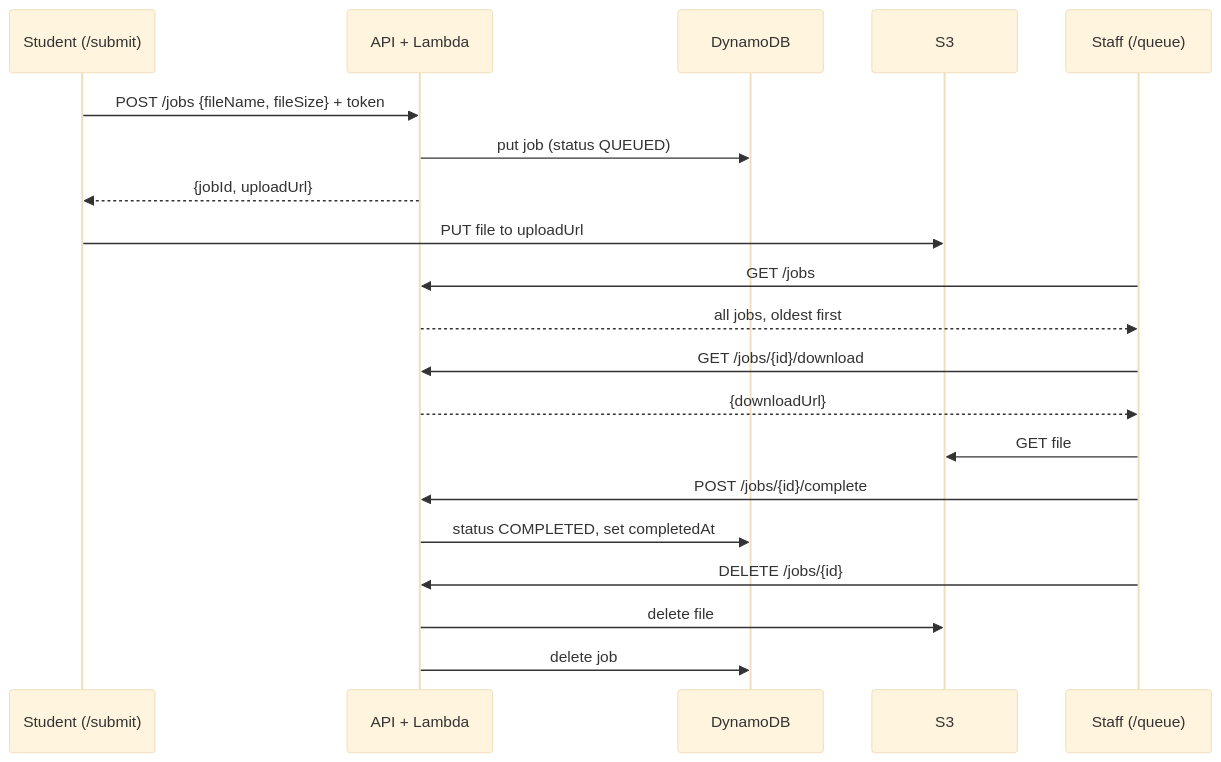
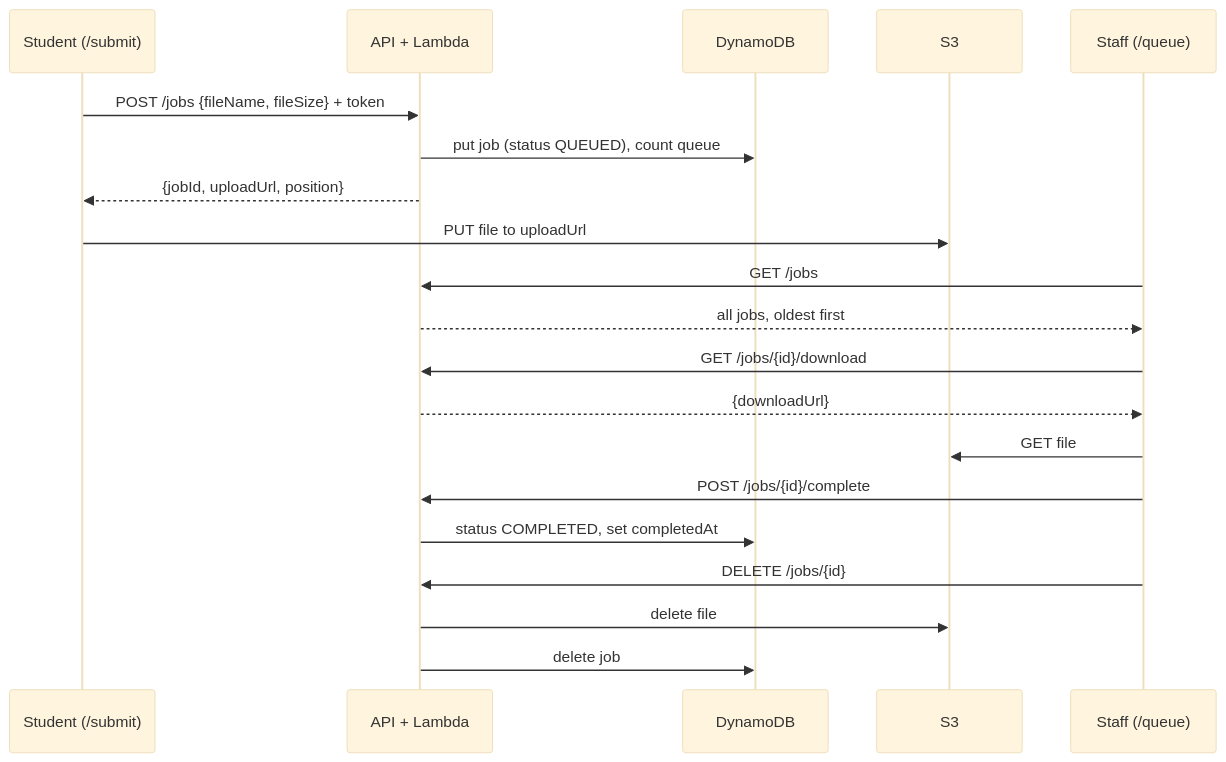
Before and after one commit to AWS-SBG-at-the-University-of-Kentucky/innovation-center-laser-queue: the second of 3 diagrams in docs/architecture.md, drawn with Mermaid (base theme). The commit also changed other lines of this file and 19 other files, not shown here.

````diff
--- a/docs/architecture.md
+++ b/docs/architecture.md
@@ -40,23 +41,23 @@
 ```mermaid
 sequenceDiagram
   participant S as Student (/submit)
   participant API as API + Lambda
   participant DB as DynamoDB
   participant B as S3
   participant T as Staff (/queue)
 
   S->>API: POST /jobs {fileName, fileSize} + token
-  API->>DB: put job (status QUEUED)
-  API-->>S: {jobId, uploadUrl}
+  API->>DB: put job (status QUEUED), count queue
+  API-->>S: {jobId, uploadUrl, position}
   S->>B: PUT file to uploadUrl
   T->>API: GET /jobs
   API-->>T: all jobs, oldest first
   T->>API: GET /jobs/{id}/download
   API-->>T: {downloadUrl}
   T->>B: GET file
   T->>API: POST /jobs/{id}/complete
   API->>DB: status COMPLETED, set completedAt
   T->>API: DELETE /jobs/{id}
   API->>B: delete file
   API->>DB: delete job
 ```
````
